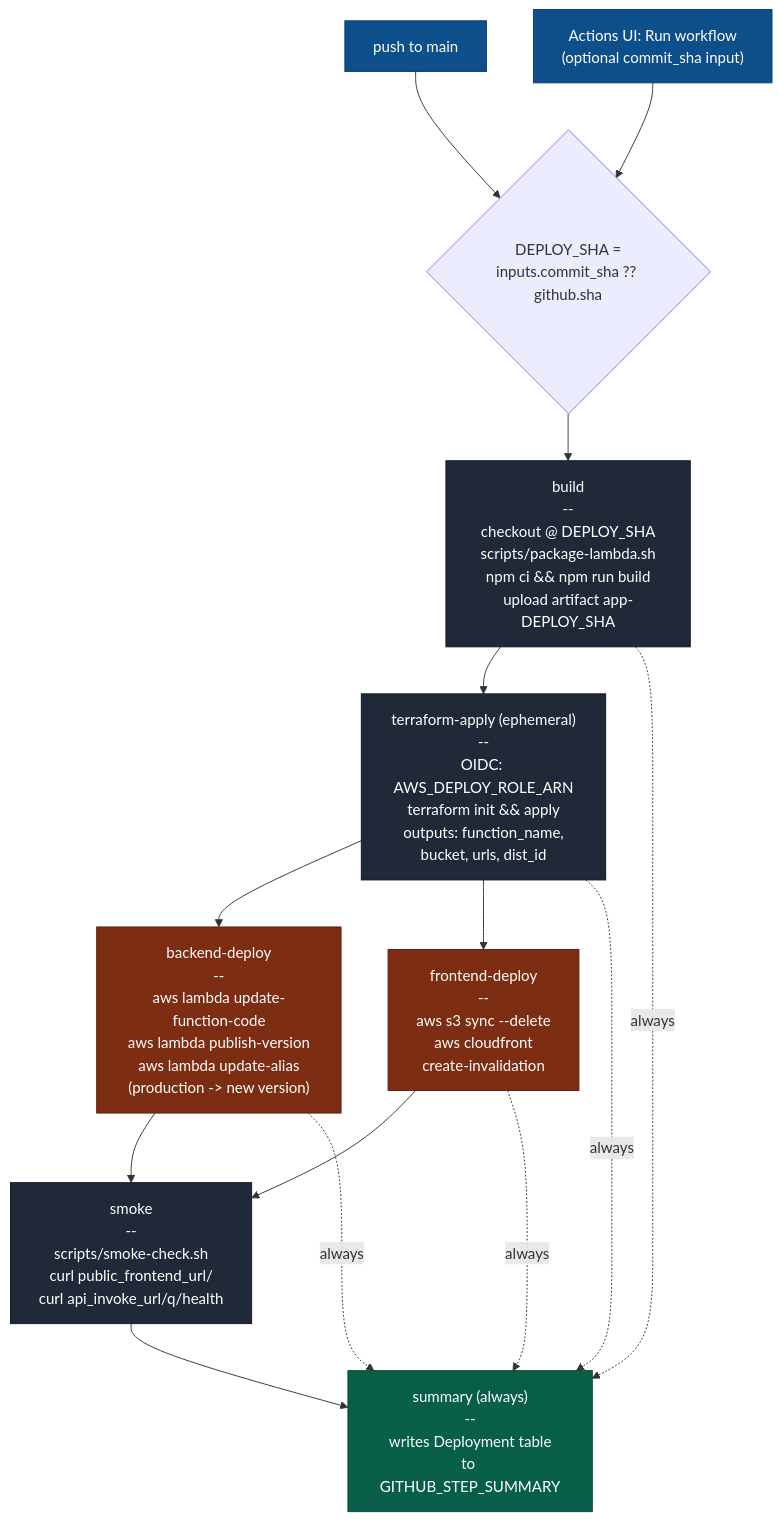
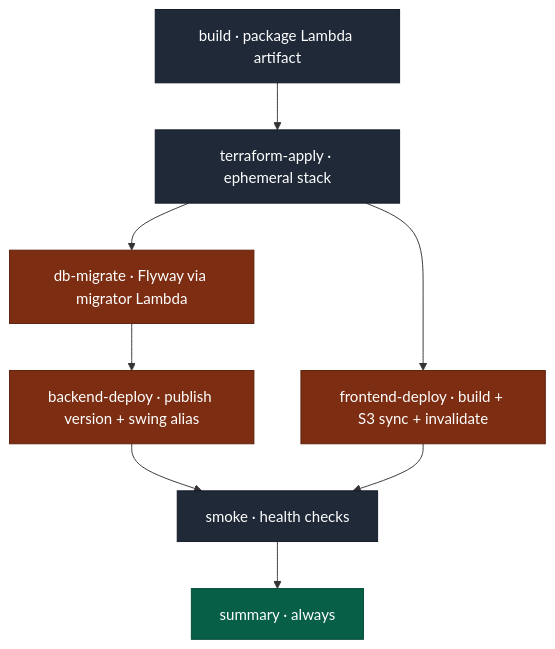
One commit to koonliang/stocktracker changed the second of 2 diagrams in infra/README.md. Above: the diagram before and after it, drawn with Mermaid. The commit also changed other lines of this file and 1 other file, not shown here.

First line of the commit message:
docs(infra): manual-only CD trigger + architecture diagram

````diff
--- a/infra/README.md
+++ b/infra/README.md
@@ -158,30 +214,19 @@
 ```mermaid
 flowchart TD
-    classDef trigger fill:#0d4f8b,stroke:#0a3d6e,color:#fff
     classDef job fill:#1f2937,stroke:#111827,color:#fff
     classDef aws fill:#7c2d12,stroke:#5e1f0c,color:#fff
     classDef terminal fill:#065f46,stroke:#044a37,color:#fff
 
-    T1[push to main]:::trigger
-    T2["Actions UI: Run workflow<br/>(optional commit_sha input)"]:::trigger
+    BUILD["build · package Lambda artifact"]:::job
+    APPLY["terraform-apply · ephemeral stack"]:::job
+    MIG["db-migrate · Flyway via migrator Lambda"]:::aws
+    BE["backend-deploy · publish version + swing alias"]:::aws
+    FE["frontend-deploy · build + S3 sync + invalidate"]:::aws
+    SMOKE["smoke · health checks"]:::job
+    SUM["summary · always"]:::terminal
 
-    T1 --> RES{"DEPLOY_SHA =<br/>inputs.commit_sha ?? github.sha"}
-    T2 --> RES
-
-    RES --> BUILD["build<br/>--<br/>checkout @ DEPLOY_SHA<br/>scripts/package-lambda.sh<br/>npm ci && npm run build<br/>upload artifact app-DEPLOY_SHA"]:::job
-
-    BUILD --> APPLY["terraform-apply (ephemeral)<br/>--<br/>OIDC: AWS_DEPLOY_ROLE_ARN<br/>terraform init && apply<br/>outputs: function_name,<br/>bucket, urls, dist_id"]:::job
-
-    APPLY --> BE["backend-deploy<br/>--<br/>aws lambda update-function-code<br/>aws lambda publish-version<br/>aws lambda update-alias<br/>(production -> new version)"]:::aws
-    APPLY --> FE["frontend-deploy<br/>--<br/>aws s3 sync --delete<br/>aws cloudfront<br/>create-invalidation"]:::aws
-
-    BE --> SMOKE["smoke<br/>--<br/>scripts/smoke-check.sh<br/>curl public_frontend_url/<br/>curl api_invoke_url/q/health"]:::job
-    FE --> SMOKE
-
-    SMOKE --> SUM["summary (always)<br/>--<br/>writes Deployment table<br/>to GITHUB_STEP_SUMMARY"]:::terminal
-
-    BUILD -.always.-> SUM
-    APPLY -.always.-> SUM
-    BE   -.always.-> SUM
-    FE   -.always.-> SUM
+    BUILD --> APPLY
+    APPLY --> MIG --> BE --> SMOKE
+    APPLY --> FE --> SMOKE
+    SMOKE --> SUM
 ```
````
